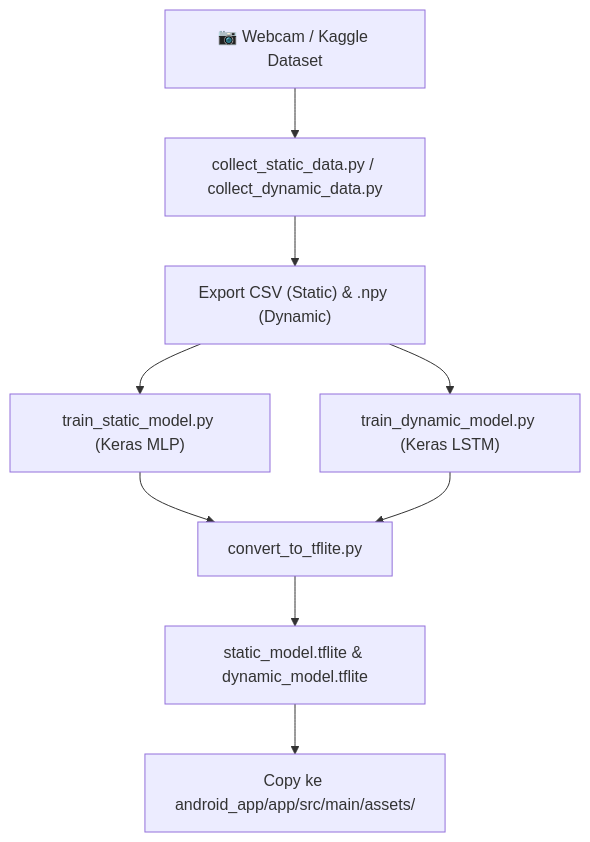
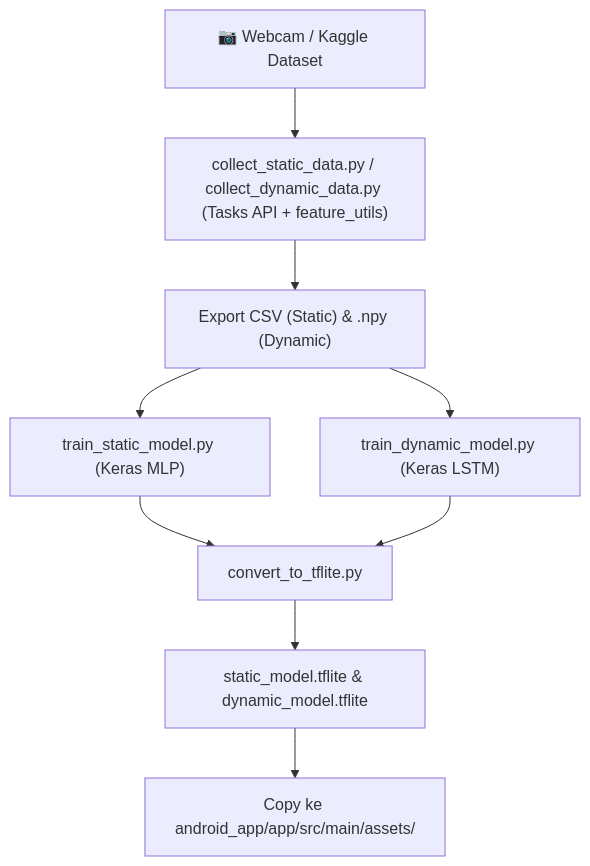
One commit to codename-alfa/BISINDO-Sign-to-Speech changed the diagram in DEVELOPMENT_PLAN.md. Above: the diagram before and after it, drawn with Mermaid. The commit also changed other lines of this file and 16 other files, not shown here.

````diff
--- a/DEVELOPMENT_PLAN.md
+++ b/DEVELOPMENT_PLAN.md
@@ -19,11 +28,11 @@
 ```mermaid
 graph TD
-    A["📷 Webcam / Kaggle Dataset"] --> B["collect_static_data.py / collect_dynamic_data.py"]
+    A["📷 Webcam / Kaggle Dataset"] --> B["collect_static_data.py / collect_dynamic_data.py (Tasks API + feature_utils)"]
     B --> C["Export CSV (Static) & .npy (Dynamic)"]
     C --> D["train_static_model.py (Keras MLP)"]
     C --> E["train_dynamic_model.py (Keras LSTM)"]
     D --> F["convert_to_tflite.py"]
     E --> F
     F --> G["static_model.tflite & dynamic_model.tflite"]
     G --> H["Copy ke android_app/app/src/main/assets/"]
 ```
````
